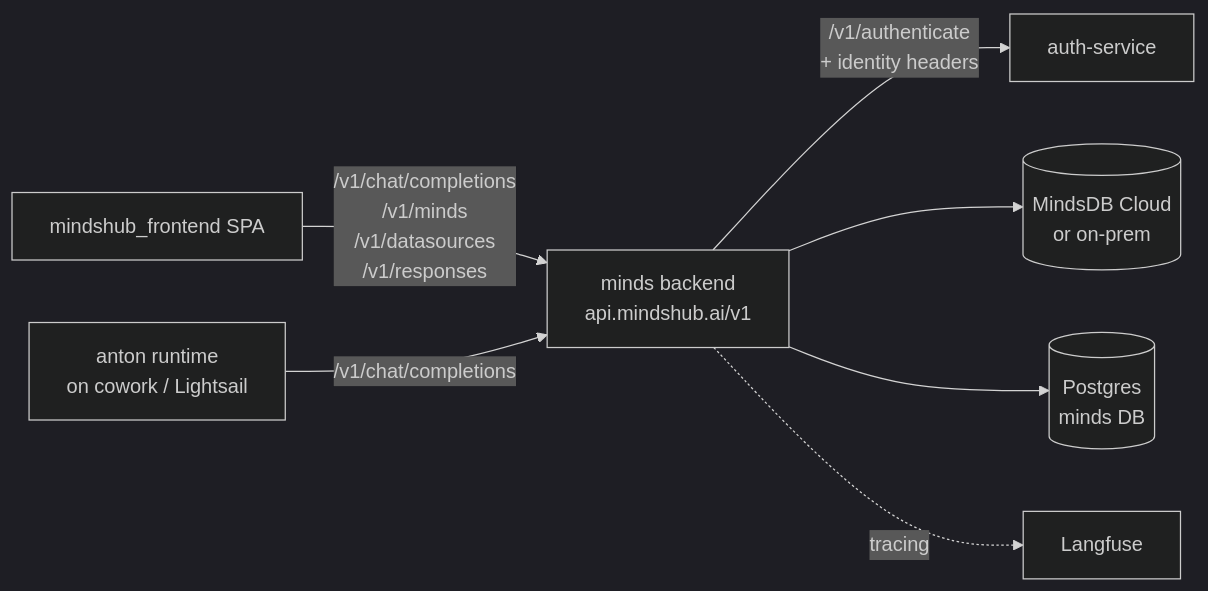
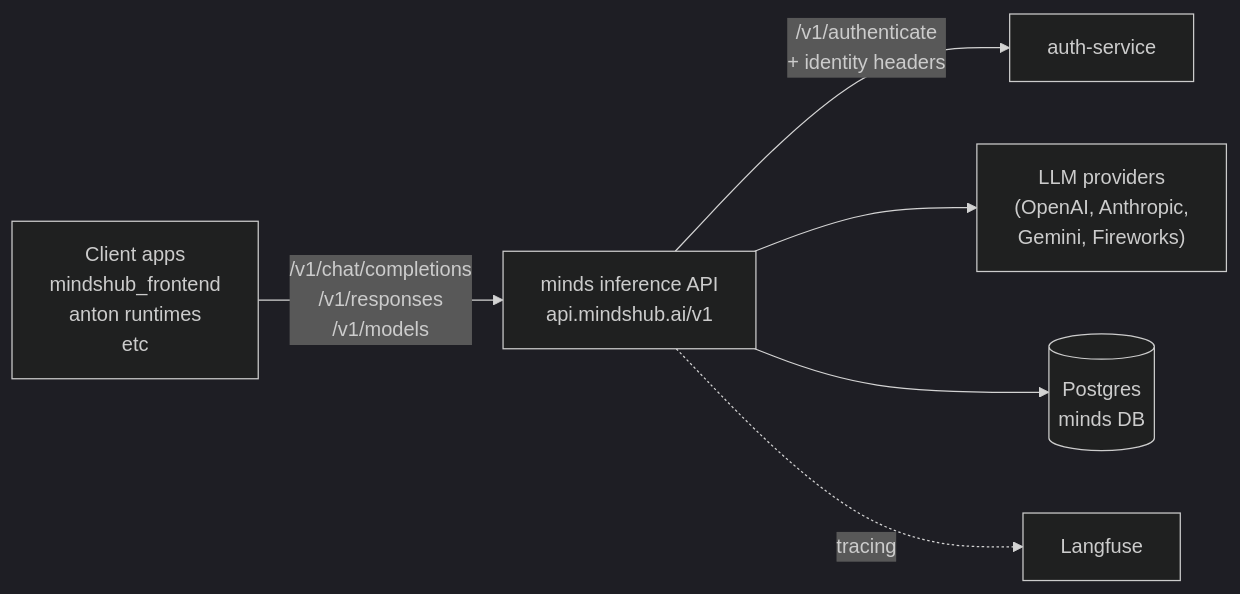
The first of 3 diagrams in README.md (mindsdb/anton), drawn with Mermaid (dark theme) before and after one commit. The commit also changed other lines of this file and 4 other files, not shown here.

````diff
--- a/README.md
+++ b/README.md
@@ -19,17 +19,15 @@
 ```mermaid
 flowchart LR
-    SPA[mindshub_frontend SPA]
-    AGENT[anton runtime<br/>on cowork / Lightsail]
-    THIS[minds backend<br/>api.mindshub.ai/v1]
+    CLIENT[Client apps<br/>mindshub_frontend<br/>anton runtimes<br/>etc]
+    THIS[minds inference API<br/>api.mindshub.ai/v1]
     AS[auth-service]
-    MDB[(MindsDB Cloud<br/>or on-prem)]
+    LLM["LLM providers<br/>(OpenAI, Anthropic,<br/>Gemini, Fireworks)"]
     PG[(Postgres<br/>minds DB)]
     LF[Langfuse]
 
-    SPA -->|/v1/chat/completions<br/>/v1/minds<br/>/v1/datasources<br/>/v1/responses| THIS
-    AGENT -->|/v1/chat/completions| THIS
+    CLIENT -->|/v1/chat/completions<br/>/v1/responses<br/>/v1/models| THIS
     THIS -->|/v1/authenticate<br/>+ identity headers| AS
-    THIS --> MDB
+    THIS --> LLM
     THIS --> PG
     THIS -. tracing .-> LF
 ```
````
